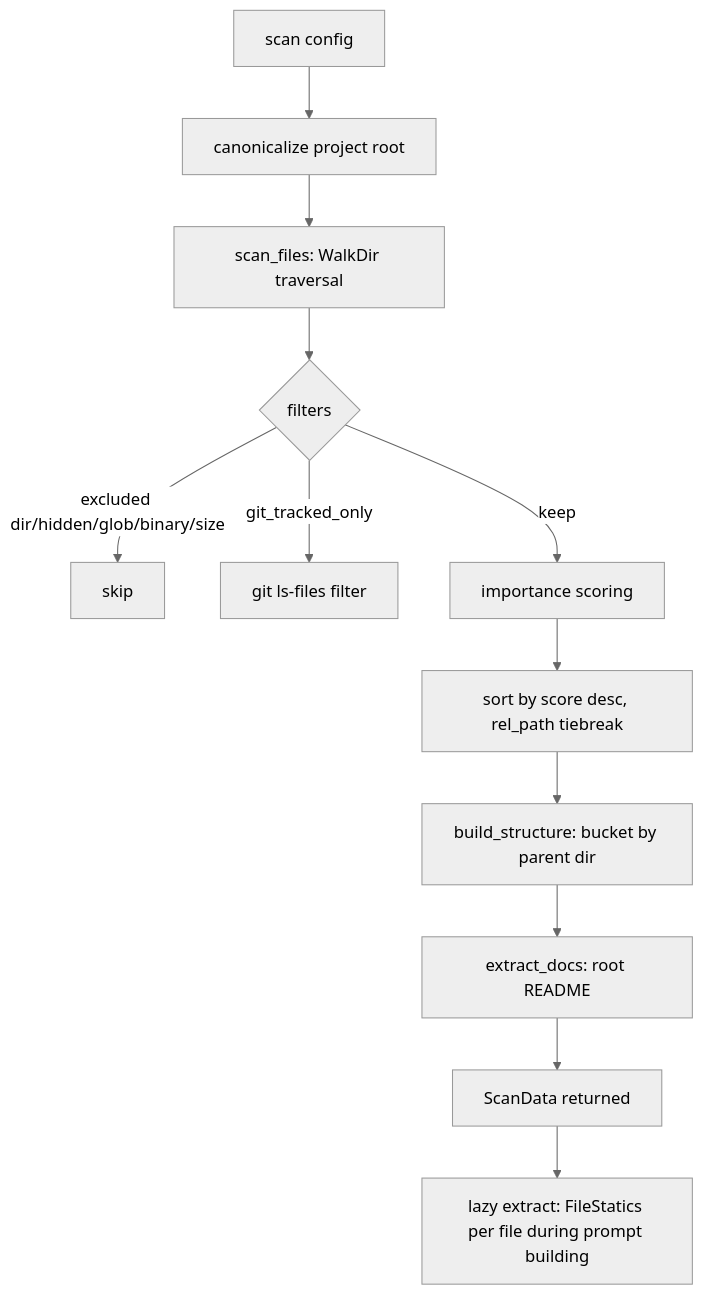
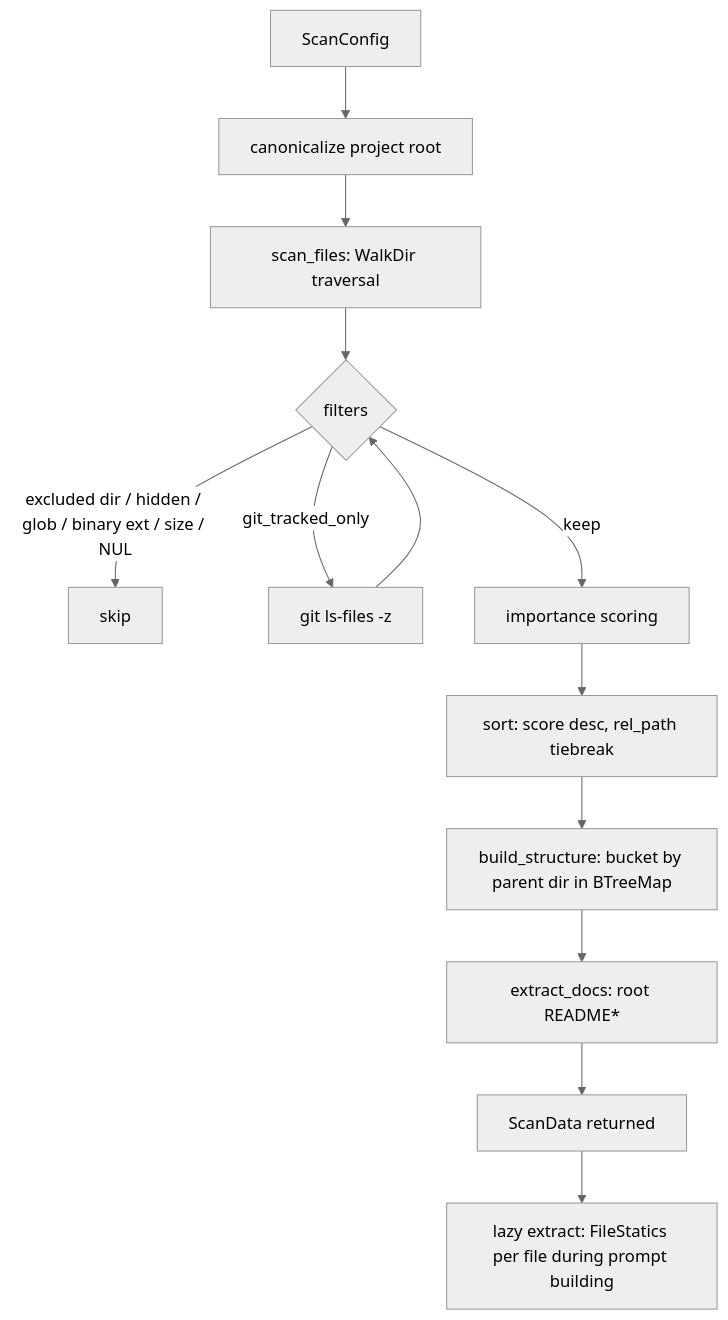
The first of 2 diagrams in docs/vi/4.Deep-Exploration/Repository Scanning.md (tidusvn05/agentwiki), drawn with Mermaid (neutral theme) before and after one commit. The commit also changed other lines of this file and 10 other files, not shown here.

````diff
--- a/docs/vi/4.Deep-Exploration/Repository Scanning.md
+++ b/docs/vi/4.Deep-Exploration/Repository Scanning.md
@@ -44,14 +68,15 @@
 ```mermaid
 flowchart TD
-    A[scan config] --> B[canonicalize project root]
+    A[ScanConfig] --> B[canonicalize project root]
     B --> C[scan_files: WalkDir traversal]
     C --> D{filters}
-    D -->|excluded dir/hidden/glob/binary/size| E[skip]
-    D -->|git_tracked_only| F[git ls-files filter]
+    D -->|excluded dir / hidden / glob / binary ext / size / NUL| E[skip]
+    D -->|git_tracked_only| F[git ls-files -z]
+    F --> D
     D -->|keep| G[importance scoring]
-    G --> H[sort by score desc, rel_path tiebreak]
-    H --> I[build_structure: bucket by parent dir]
-    I --> J[extract_docs: root README]
+    G --> H[sort: score desc, rel_path tiebreak]
+    H --> I[build_structure: bucket by parent dir in BTreeMap]
+    I --> J[extract_docs: root README*]
     J --> K[ScanData returned]
     K --> L[lazy extract: FileStatics per file during prompt building]
 ```
````
